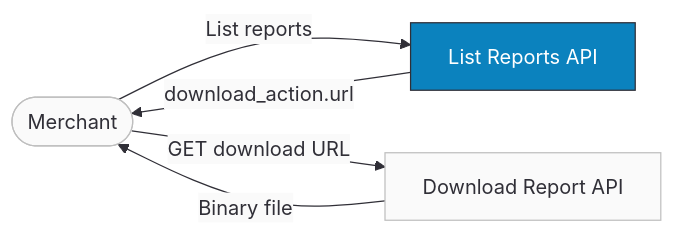
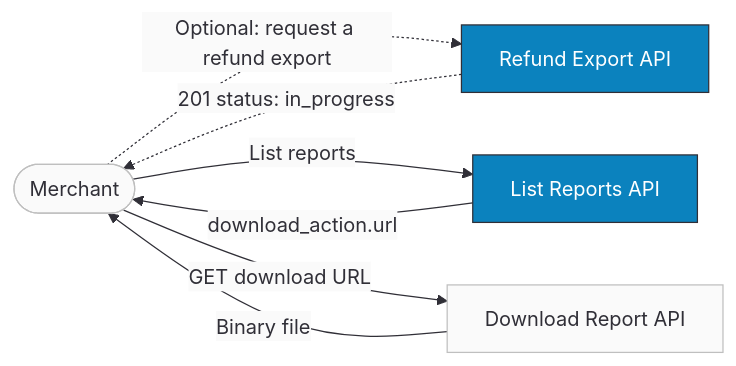
Before and after one commit to ottuco/docs: the diagram in docs/developers/reports.mdx, drawn with Mermaid. The commit also changed other lines of this file and 1 other file, not shown here.

First line of the commit message:
docs(reports): document the on-demand refund transactions export (#159069)

````diff
--- a/docs/developers/reports.mdx
+++ b/docs/developers/reports.mdx
@@ -41,11 +43,14 @@
 ```mermaid
 %%{init: {"theme": "base", "themeVariables": {"background": "#F4F4F4", "primaryColor": "#FAFAFA", "primaryTextColor": "#302F37", "primaryBorderColor": "#BFBFBF", "lineColor": "#302F37", "secondaryColor": "#FAFAFA", "tertiaryColor": "#FAFAFA"}}}%%
 graph LR
-    A([Merchant]) -->|List reports| B[List Reports API]
+    A([Merchant]) -.->|Optional: request a refund export| D[Refund Export API]
+    D -.->|201 status: in_progress| A
+    A -->|List reports| B[List Reports API]
     B -->|download_action.url| A
     A -->|GET download URL| C[Download Report API]
     C -->|Binary file| A
 
     classDef accent fill:#0B82BE,color:#FFFFFF,stroke:#302F37
     class B accent
+    class D accent
 ```
````
